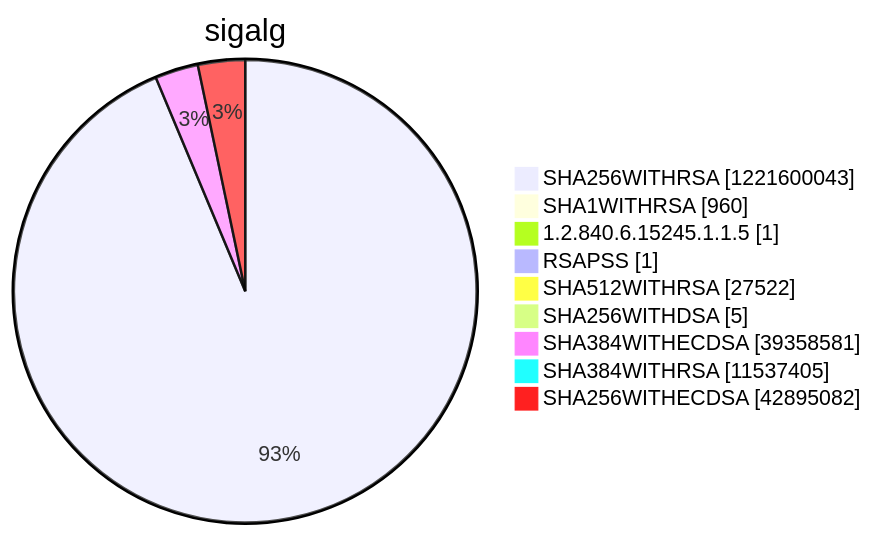
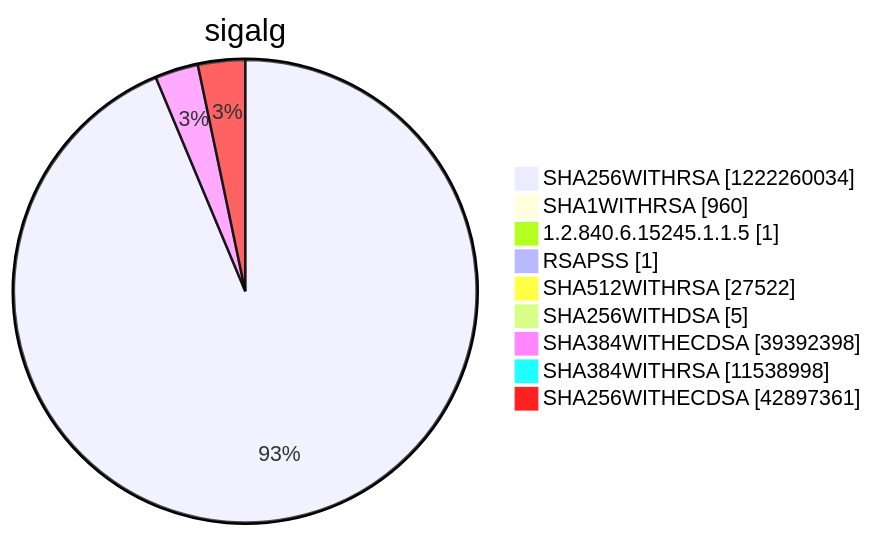
Before and after one commit to christiankrug/ctmonitor_visualization: diagram 15 of 15 in argon2022/README.md, drawn with Mermaid. The commit also changed other lines of this file, not shown here.

````diff
--- a/argon2022/README.md
+++ b/argon2022/README.md
@@ -5521,13 +5521,13 @@
 ```mermaid
 pie showData
 title sigalg
-"SHA256WITHRSA" :1221600043
+"SHA256WITHRSA" :1222260034
 "SHA1WITHRSA" :960
 "1.2.840.6.15245.1.1.5" :1
 "RSAPSS" :1
 "SHA512WITHRSA" :27522
 "SHA256WITHDSA" :5
-"SHA384WITHECDSA" :39358581
-"SHA384WITHRSA" :11537405
-"SHA256WITHECDSA" :42895082
+"SHA384WITHECDSA" :39392398
+"SHA384WITHRSA" :11538998
+"SHA256WITHECDSA" :42897361
 ```
````
